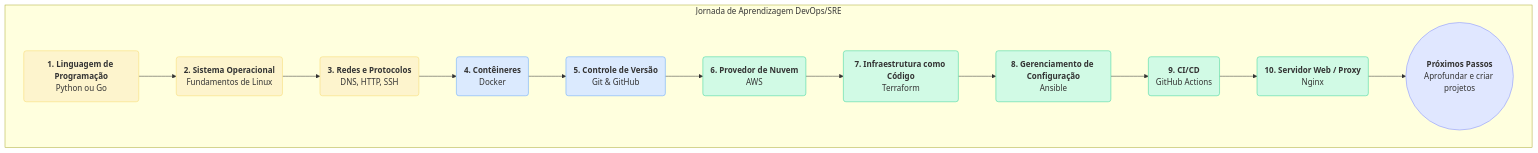
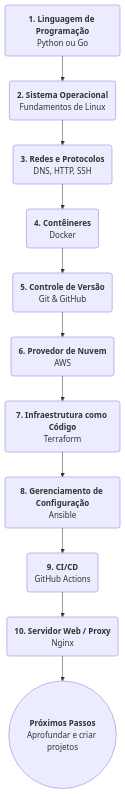
The diagram in README.md (saulocdemonte/-ESTUDO--Devops), drawn with Mermaid before and after one commit. The commit also changed other lines of this file, not shown here.

Commit message:
CHORE: Alteração fluxograma

````diff
--- a/README.md
+++ b/README.md
@@ -37,46 +37,28 @@
 ```mermaid
 graph TD;
-    subgraph "Jornada de Aprendizagem DevOps/SRE"
-        %% A direção TD (Top-Down) já é o padrão do graph TD; mas explicitamos para clareza
-        
-        %% Definição dos Estágios (Mantemos a mesma ordem lógica, mas agora na vertical)
-        A(<b>1. Linguagem de Programação</b><br/>Python ou Go)
-        B(<b>2. Sistema Operacional</b><br/>Fundamentos de Linux)
-        C(<b>3. Redes e Protocolos</b><br/>DNS, HTTP, SSH)
-        D(<b>4. Contêineres</b><br/>Docker)
-        E(<b>5. Controle de Versão</b><br/>Git & GitHub)
-        F(<b>6. Provedor de Nuvem</b><br/>AWS)
-        G(<b>7. Infraestrutura como Código</b><br/>Terraform)
-        H(<b>8. Gerenciamento de Configuração</b><br/>Ansible)
-        I(<b>9. CI/CD</b><br/>GitHub Actions)
-        J(<b>10. Servidor Web / Proxy</b><br/>Nginx)
-        K((<b>Próximos Passos</b><br/>Aprofundar e criar projetos))
+    %% Definição dos Nós
+    A(<b>1. Linguagem de Programação</b><br/>Python ou Go)
+    B(<b>2. Sistema Operacional</b><br/>Fundamentos de Linux)
+    C(<b>3. Redes e Protocolos</b><br/>DNS, HTTP, SSH)
+    D(<b>4. Contêineres</b><br/>Docker)
+    E(<b>5. Controle de Versão</b><br/>Git & GitHub)
+    F(<b>6. Provedor de Nuvem</b><br/>AWS)
+    G(<b>7. Infraestrutura como Código</b><br/>Terraform)
+    H(<b>8. Gerenciamento de Configuração</b><br/>Ansible)
+    I(<b>9. CI/CD</b><br/>GitHub Actions)
+    J(<b>10. Servidor Web / Proxy</b><br/>Nginx)
+    K((<b>Próximos Passos</b><br/>Aprofundar e criar projetos))
 
-        %% Conexões na ordem vertical
-        A --> B;
-        B --> C;
-        C --> D;
-        D --> E;
-        E --> F;
-        F --> G;
-        G --> H;
-        H --> I;
-        I --> J;
-        J --> K;
+    %% Conexões na ordem vertical
+    A --> B
+    B --> C
+    C --> D
+    D --> E
+    E --> F
+    F --> G
+    G --> H
+    H --> I
+    I --> J
+    J --> K
 
-    end
-
-    %% Styling para deixar o visual mais agradável
-    style A fill:#FDF4CD,stroke:#F7D96D
-    style B fill:#FDF4CD,stroke:#F7D96D
-    style C fill:#FDF4CD,stroke:#F7D96D
-    style D fill:#DBEAFE,stroke:#60A5FA
-    style E fill:#DBEAFE,stroke:#60A5FA
-    style F fill:#D1FAE5,stroke:#34D399
-    style G fill:#D1FAE5,stroke:#34D399
-    style H fill:#D1FAE5,stroke:#34D399
-    style I fill:#D1FAE5,stroke:#34D399
-    style J fill:#D1FAE5,stroke:#34D399
-    style K fill:#E0E7FF,stroke:#818CF8
-
-```
+```    
````
